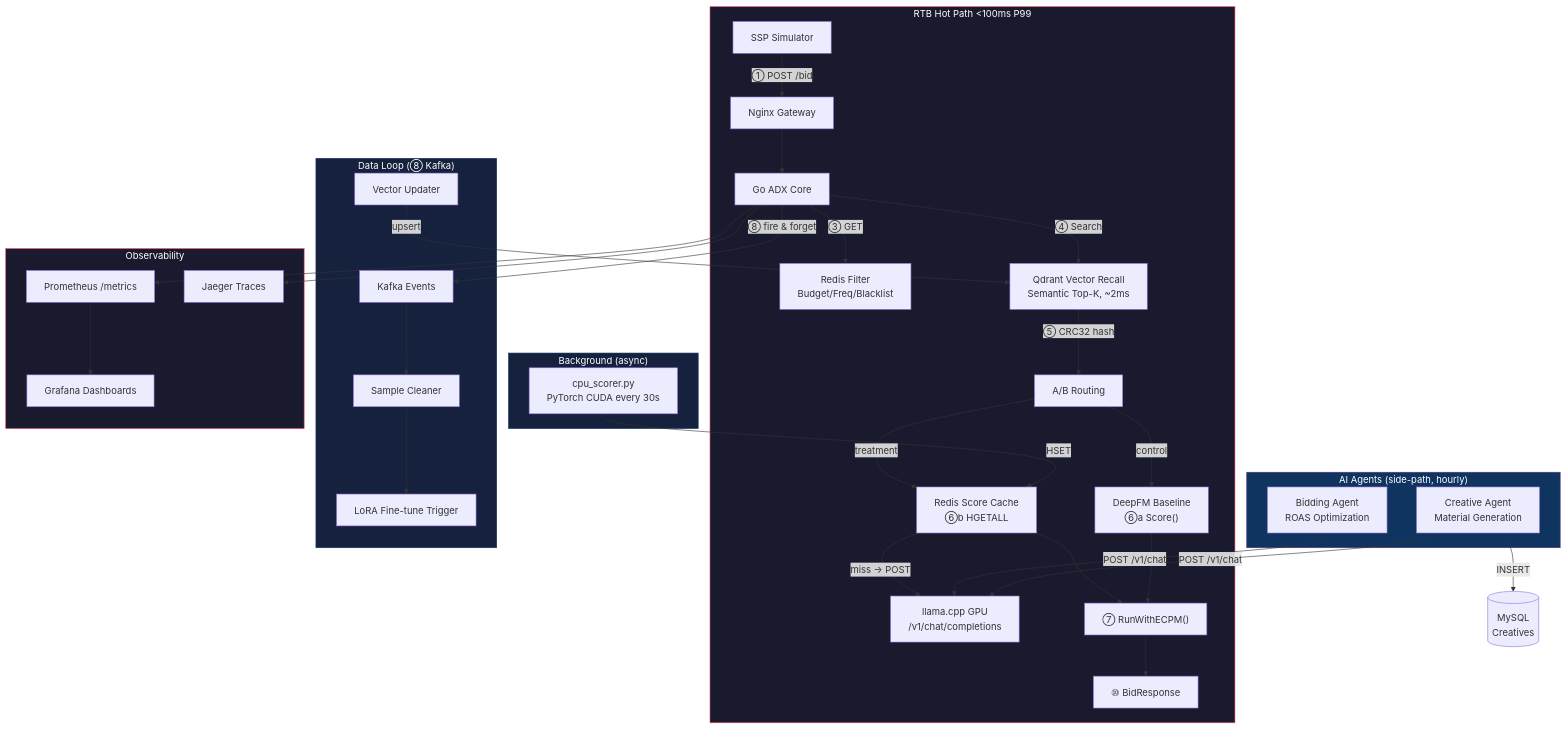
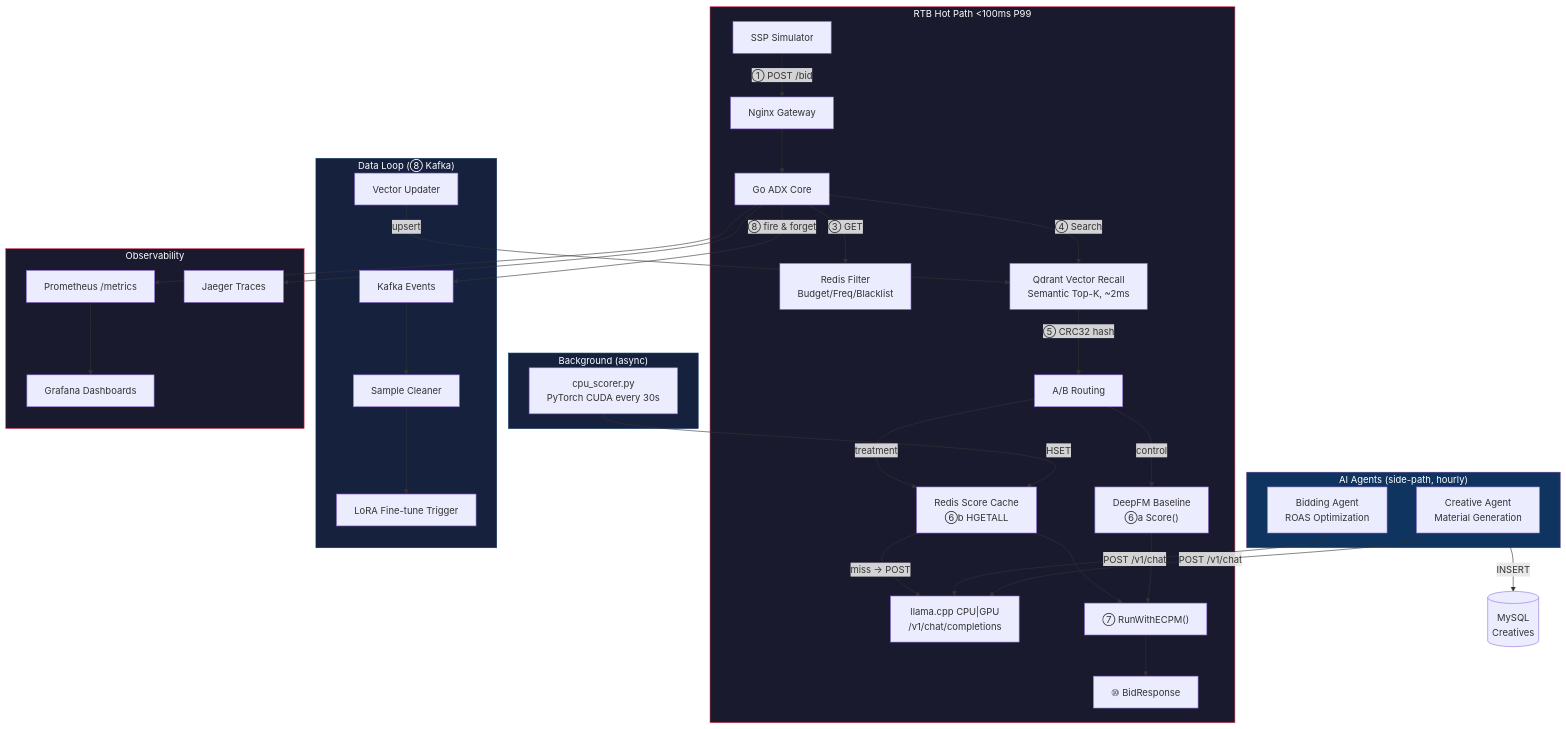
The third of 6 diagrams in demo/demo_flow.md (jlguo/agentic-adx), drawn with Mermaid before and after one commit. The commit also changed other lines of this file and 1 other file, not shown here.

Commit message:
docs: clarify llama.cpp CPU|GPU mode, hardcoded fallback is GPRClient safety net

````diff
--- a/demo/demo_flow.md
+++ b/demo/demo_flow.md
@@ -128,48 +128,48 @@
 ```mermaid
 flowchart TB
     subgraph Hot["RTB Hot Path &lt;100ms P99"]
         SSP["SSP Simulator"] -->|"① POST /bid"| NGINX["Nginx Gateway"]
         NGINX --> ADX["Go ADX Core"]
         ADX -->|"③ GET"| FILTER["Redis Filter\nBudget/Freq/Blacklist"]
         ADX -->|"④ Search"| VEC["Qdrant Vector Recall\nSemantic Top-K, ~2ms"]
         VEC -->|"⑤ CRC32 hash"| AB["A/B Routing"]
         AB -->|"treatment"| CACHE["Redis Score Cache\n⑥b HGETALL"]
         AB -->|"control"| BASELINE["DeepFM Baseline\n⑥a Score()"]
-        CACHE -->|"miss → POST"| LLAMA["llama.cpp GPU\n/v1/chat/completions"]
+        CACHE -->|"miss → POST"| LLAMA["llama.cpp CPU|GPU\n/v1/chat/completions"]
         CACHE --> AUCTION["⑦ RunWithECPM()"]
         BASELINE --> AUCTION
         AUCTION --> RES["⑩ BidResponse"]
     end
 
     subgraph BG["Background (async)"]
         SCORER["cpu_scorer.py\nPyTorch CUDA every 30s"]
         SCORER -->|"HSET"| CACHE
     end
 
     subgraph Agents["AI Agents (side-path, hourly)"]
         BID["Bidding Agent\nROAS Optimization"]
         CRT["Creative Agent\nMaterial Generation"]
     end
     BID -->|"POST /v1/chat"| LLAMA
     CRT -->|"POST /v1/chat"| LLAMA
     CRT -->|"INSERT"| MYSQL[("MySQL\nCreatives")]
 
     subgraph Loop["Data Loop (⑧ Kafka)"]
         ADX -->|"⑧ fire & forget"| KAFKA["Kafka Events"]
         KAFKA --> CLEAN["Sample Cleaner"]
         CLEAN --> TRAIN["LoRA Fine-tune Trigger"]
         VUP["Vector Updater"] -->|"upsert"| VEC
     end
 
     subgraph Obs["Observability"]
         ADX --> PROM["Prometheus /metrics"]
         ADX --> JAEGER["Jaeger Traces"]
         PROM --> GRAFANA["Grafana Dashboards"]
     end
 
     style Hot fill:#1a1a2e,stroke:#e94560,color:#fff
     style BG fill:#16213e,stroke:#0f3460,color:#fff
     style Agents fill:#0f3460,stroke:#533483,color:#fff
     style Loop fill:#16213e,stroke:#0f3460,color:#fff
     style Obs fill:#1a1a2e,stroke:#e94560,color:#fff
 ```
````
